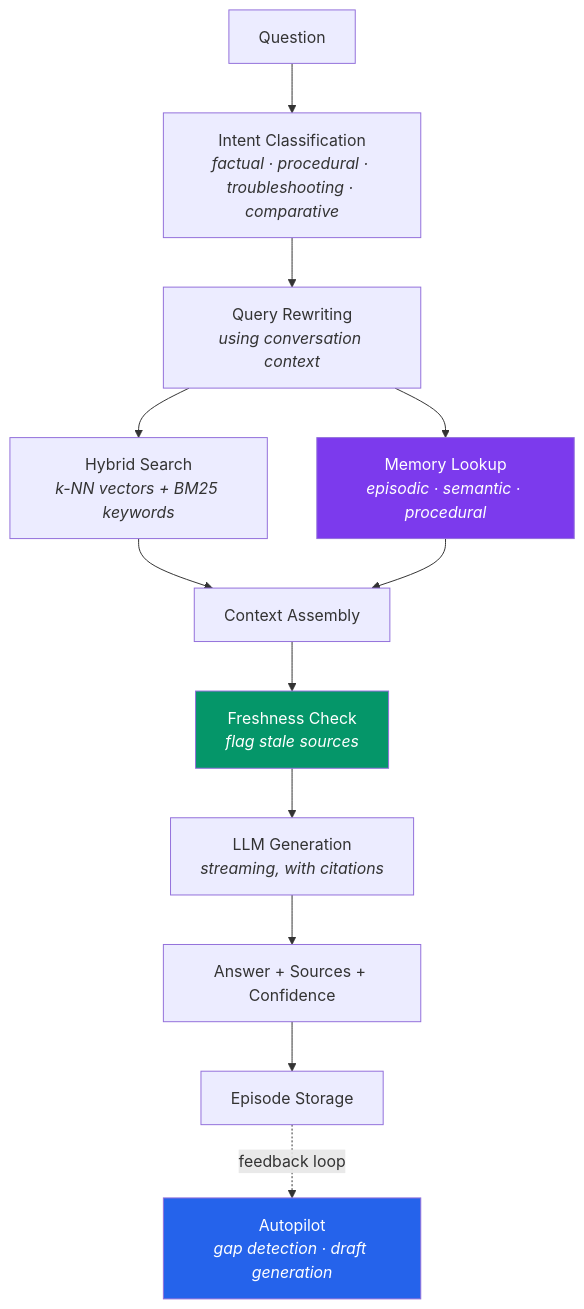
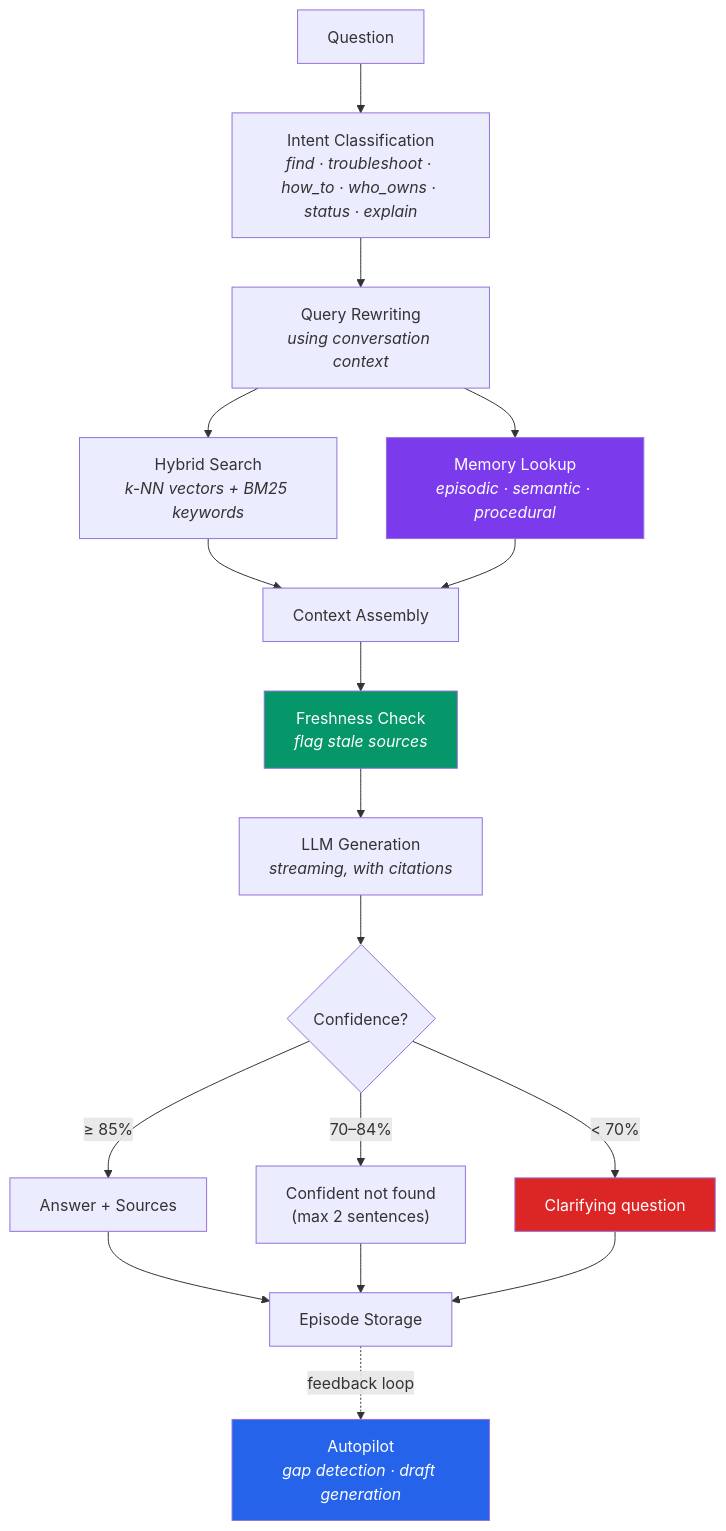
Before and after one commit to docbrain-ai/docbrain: the third of 4 diagrams in README.md, drawn with Mermaid. The commit also changed other lines of this file and 3 other files, not shown here.

````diff
--- a/README.md
+++ b/README.md
@@ -508,18 +777,22 @@
 ```mermaid
 graph TB
-    Q["Question"] --> IC["Intent Classification<br/><i>factual · procedural · troubleshooting · comparative</i>"]
+    Q["Question"] --> IC["Intent Classification<br/><i>find · troubleshoot · how_to · who_owns · status · explain</i>"]
     IC --> QR["Query Rewriting<br/><i>using conversation context</i>"]
     QR --> HS["Hybrid Search<br/><i>k-NN vectors + BM25 keywords</i>"]
     QR --> ML["Memory Lookup<br/><i>episodic · semantic · procedural</i>"]
     HS --> CA["Context Assembly"]
     ML --> CA
     CA --> FS["Freshness Check<br/><i>flag stale sources</i>"]
     FS --> LLM["LLM Generation<br/><i>streaming, with citations</i>"]
-    LLM --> R["Answer + Sources + Confidence"]
-    R --> EP["Episode Storage"]
+    LLM --> CF{"Confidence?"}
+    CF -->|"≥ 85%"| R["Answer + Sources"]
+    CF -->|"70–84%"| NF["Confident not found<br/>(max 2 sentences)"]
+    CF -->|"< 70%"| CQ["Clarifying question"]
+    R & NF & CQ --> EP["Episode Storage"]
     EP -. "feedback loop" .-> AP["Autopilot<br/><i>gap detection · draft generation</i>"]
 
     style AP fill:#2563eb,color:#fff
     style FS fill:#059669,color:#fff
     style ML fill:#7c3aed,color:#fff
+    style CQ fill:#dc2626,color:#fff
 ```
````
